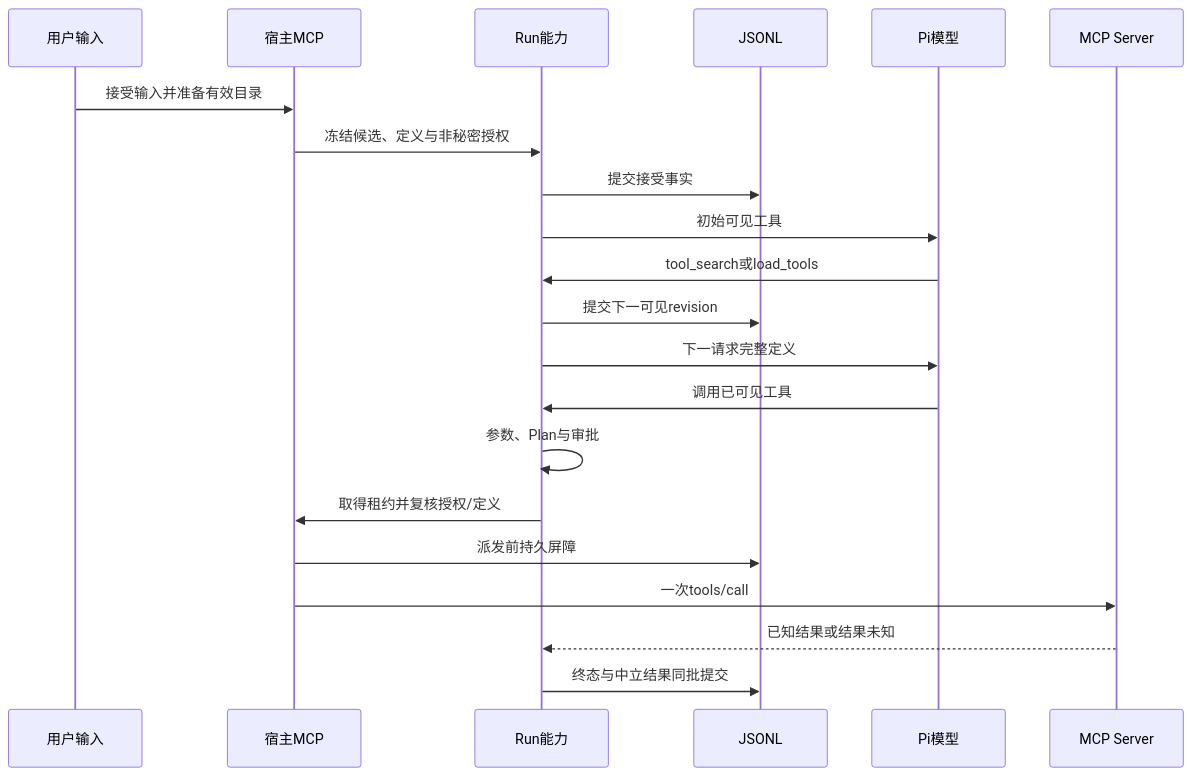
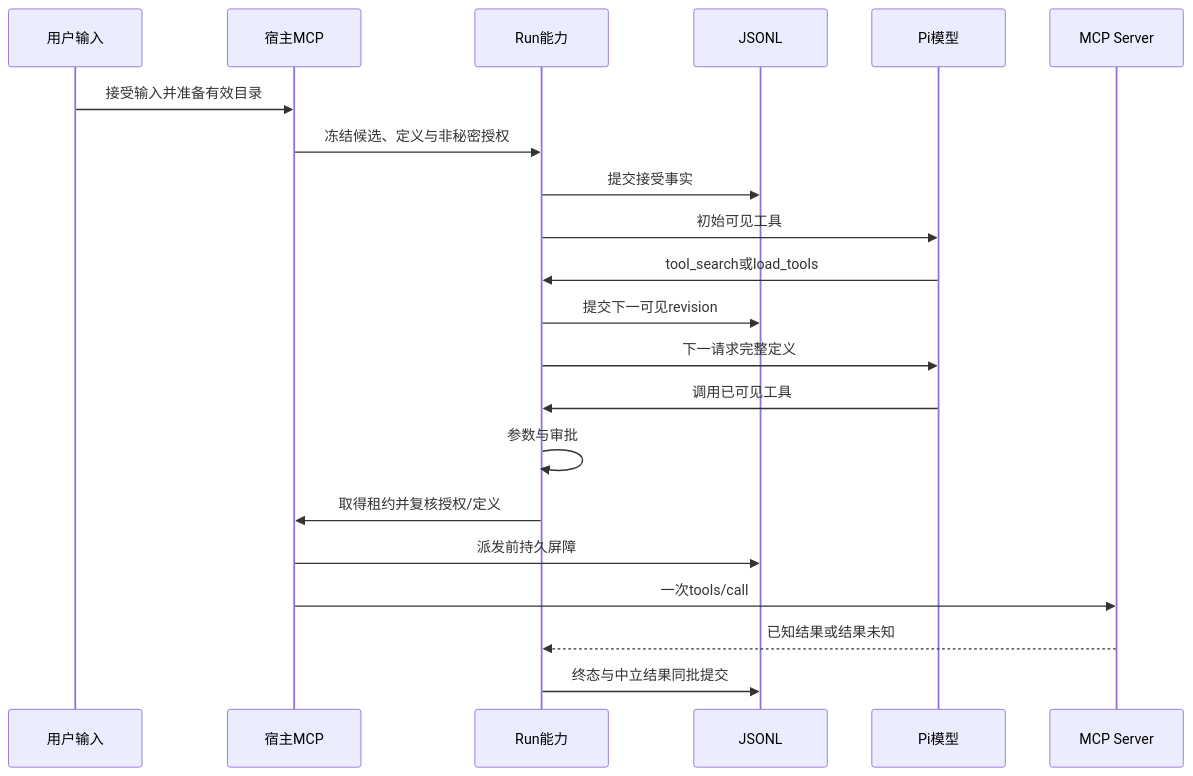
The diagram in docs/09_TECHNICAL/MCP连接设计.md (lxy980795277/my-pi-harness), drawn with Mermaid before and after one commit. The commit also changed other lines of this file and 132 other files, not shown here.

````diff
--- a/docs/09_TECHNICAL/MCP连接设计.md
+++ b/docs/09_TECHNICAL/MCP连接设计.md
@@ -61,23 +61,23 @@
 ```mermaid
 sequenceDiagram
   participant U as 用户输入
   participant H as 宿主MCP
   participant R as Run能力
   participant J as JSONL
   participant M as Pi模型
   participant S as MCP Server
   U->>H: 接受输入并准备有效目录
   H->>R: 冻结候选、定义与非秘密授权
   R->>J: 提交接受事实
   R->>M: 初始可见工具
   M->>R: tool_search或load_tools
   R->>J: 提交下一可见revision
   R->>M: 下一请求完整定义
   M->>R: 调用已可见工具
-  R->>R: 参数、Plan与审批
+  R->>R: 参数与审批
   R->>H: 取得租约并复核授权/定义
   H->>J: 派发前持久屏障
   H->>S: 一次tools/call
   S-->>R: 已知结果或结果未知
   R->>J: 终态与中立结果同批提交
 ```
````
